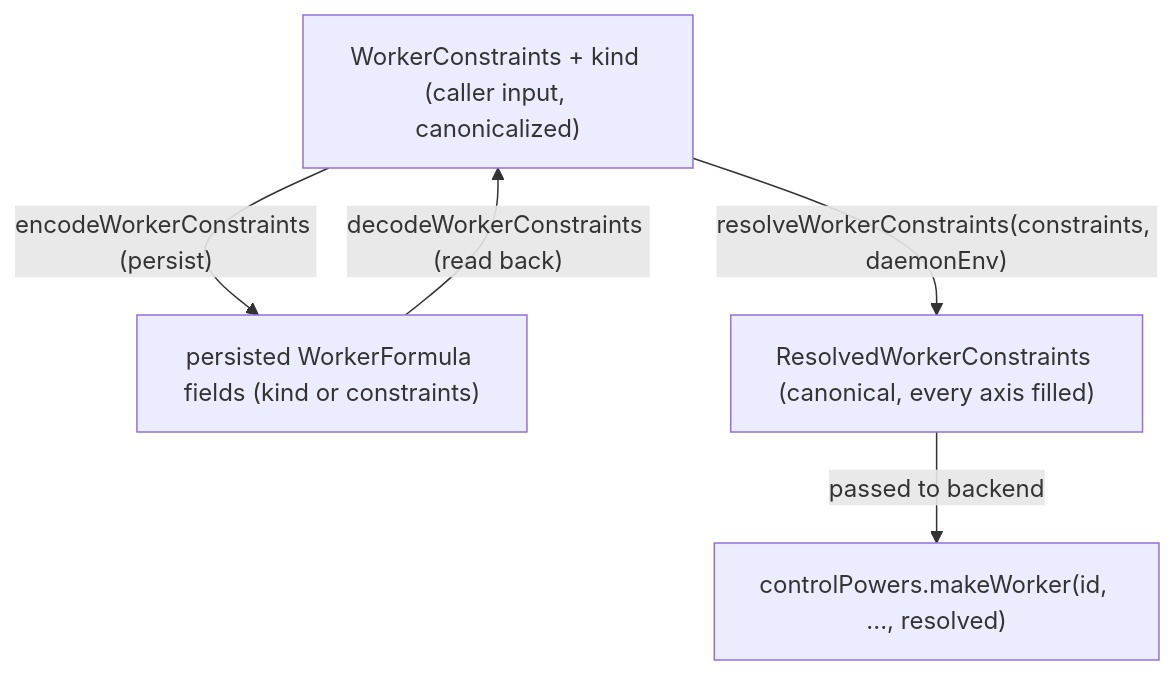
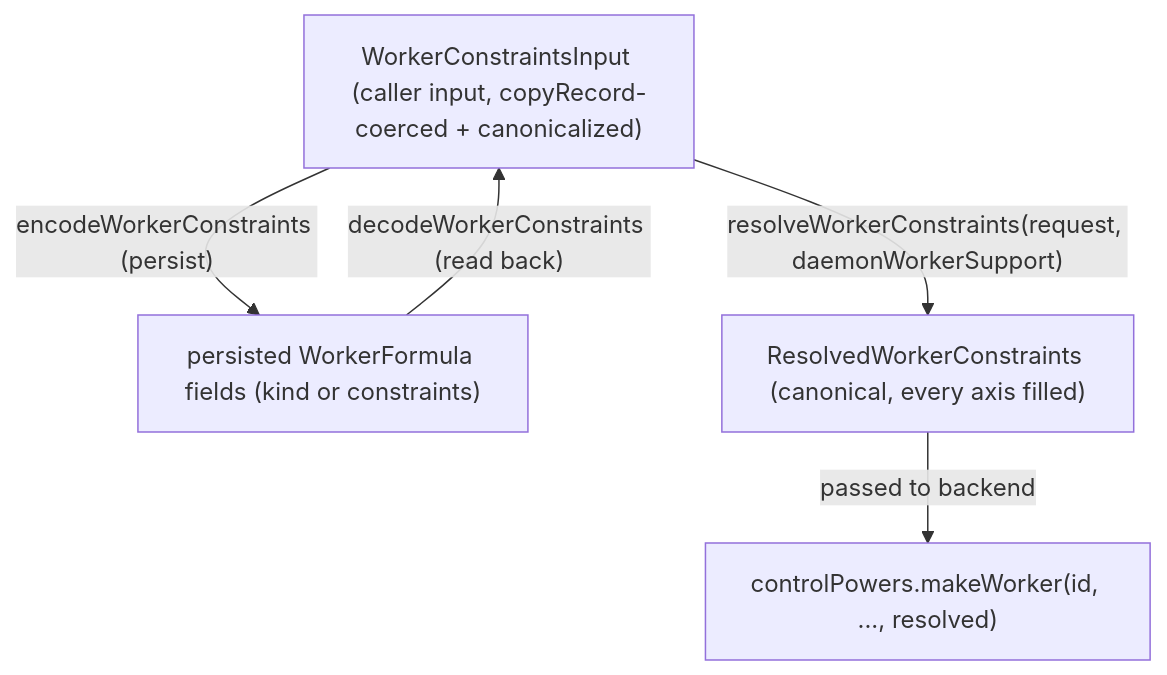
One commit to endojs/endo-but-for-bots changed the diagram in designs/worker-constraint-model.md. Above: the diagram before and after it, drawn with Mermaid. The commit also changed other lines of this file, not shown here.

````diff
--- a/designs/worker-constraint-model.md
+++ b/designs/worker-constraint-model.md
@@ -508,7 +561,7 @@
 ```mermaid
 flowchart TD
-  A["WorkerConstraints + kind (caller input, canonicalized)"] -->|"encodeWorkerConstraints (persist)"| C
+  A["WorkerConstraintsInput (caller input, copyRecord-coerced + canonicalized)"] -->|"encodeWorkerConstraints (persist)"| C
   C["persisted WorkerFormula fields (kind or constraints)"] -->|"decodeWorkerConstraints (read back)"| A
-  A -->|"resolveWorkerConstraints(constraints, daemonEnv)"| B
+  A -->|"resolveWorkerConstraints(request, daemonWorkerSupport)"| B
   B["ResolvedWorkerConstraints (canonical, every axis filled)"] -->|"passed to backend"| D["controlPowers.makeWorker(id, ..., resolved)"]
 ```
````
